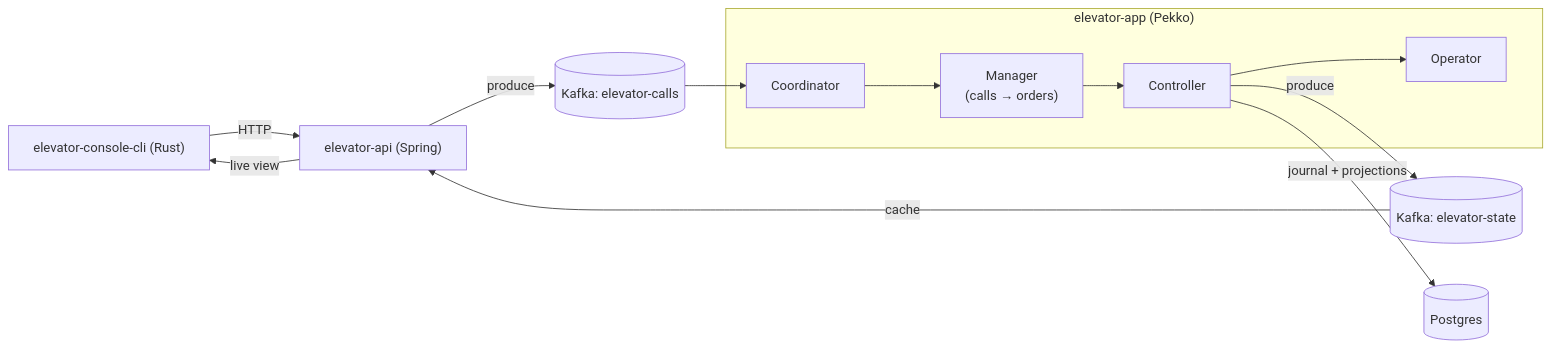
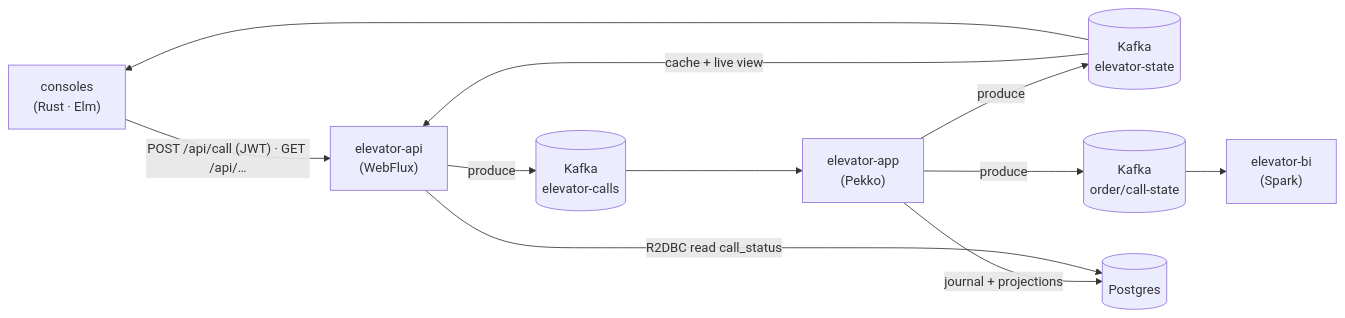
The first of 3 diagrams in README.md (TwistedLady/elevator-system), drawn with Mermaid before and after one commit. The commit also changed other lines of this file and 27 other files, not shown here.

````diff
--- a/README.md
+++ b/README.md
@@ -17,12 +113,20 @@
 ```mermaid
 flowchart LR
-  console["elevator-console-cli (Rust)"] -->|HTTP| api["elevator-api (Spring)"]
-  api -->|produce| calls[("Kafka: elevator-calls")]
-  subgraph app["elevator-app (Pekko)"]
-    coord["Coordinator"] --> mgr["Manager<br/>(calls → orders)"] --> ctrl["Controller"] --> op["Operator"]
-  end
-  calls --> coord
-  ctrl -->|produce| state[("Kafka: elevator-state")]
-  state -->|cache| api -->|live view| console
-  ctrl -->|journal + projections| pg[("Postgres")]
+  console["consoles<br/>(Rust · Elm)"]
+  api["elevator-api<br/>(WebFlux)"]
+  app["elevator-app<br/>(Pekko)"]
+  calls[("Kafka<br/>elevator-calls")]
+  state[("Kafka<br/>elevator-state")]
+  ostate[("Kafka<br/>order/call-state")]
+  bi["elevator-bi<br/>(Spark)"]
+  pg[("Postgres")]
+
+  console -->|"POST /api/call (JWT) · GET /api/…"| api
+  api -->|produce| calls --> app
+  app -->|produce| state
+  app -->|produce| ostate --> bi
+  state -->|cache + live view| api
+  state --> console
+  app -->|journal + projections| pg
+  api -->|"R2DBC read call_status"| pg
 ```
````
